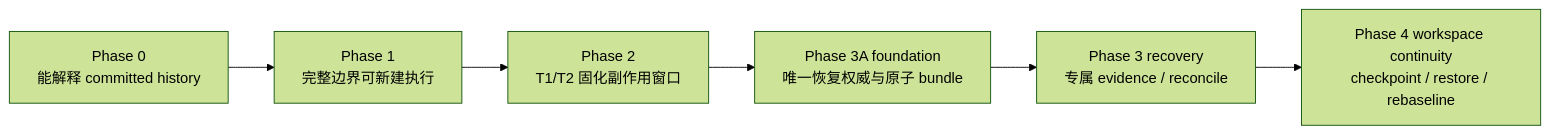
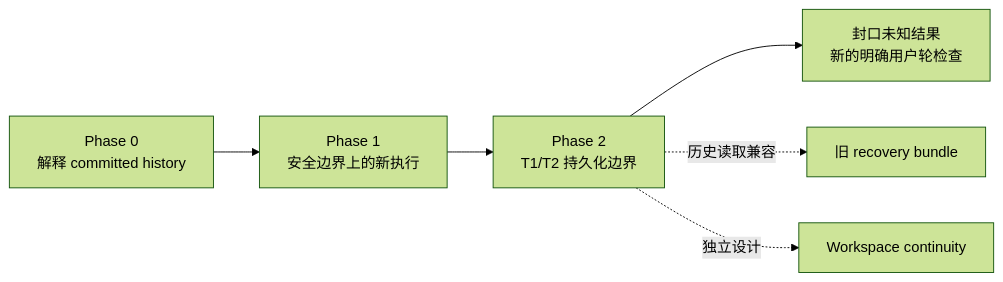
One commit to apache/maka changed the second of 10 diagrams in docs/architecture/runtime-resume-architecture.zh-CN.md. Above: the diagram before and after it, drawn with Mermaid (forest theme). The commit also changed other lines of this file and 30 other files, not shown here.

````diff
--- a/docs/architecture/runtime-resume-architecture.zh-CN.md
+++ b/docs/architecture/runtime-resume-architecture.zh-CN.md
@@ -157,8 +157,8 @@
 ```mermaid
 flowchart LR
-  P0["Phase 0<br/>能解释 committed history"] --> P1["Phase 1<br/>完整边界可新建执行"]
-  P1 --> P2["Phase 2<br/>T1/T2 固化副作用窗口"]
-  P2 --> P3A["Phase 3A foundation<br/>唯一恢复权威与原子 bundle"]
-  P3A --> P3["Phase 3 recovery<br/>专属 evidence / reconcile"]
-  P3 --> P4["Phase 4 workspace continuity<br/>checkpoint / restore / rebaseline"]
+  P0["Phase 0<br/>解释 committed history"] --> P1["Phase 1<br/>安全边界上的新执行"]
+  P1 --> P2["Phase 2<br/>T1/T2 持久化边界"]
+  P2 --> Unknown["封口未知结果<br/>新的明确用户轮检查"]
+  P2 -. "历史读取兼容" .-> Legacy["旧 recovery bundle"]
+  P2 -. "独立设计" .-> P4["Workspace continuity"]
 ```
````
